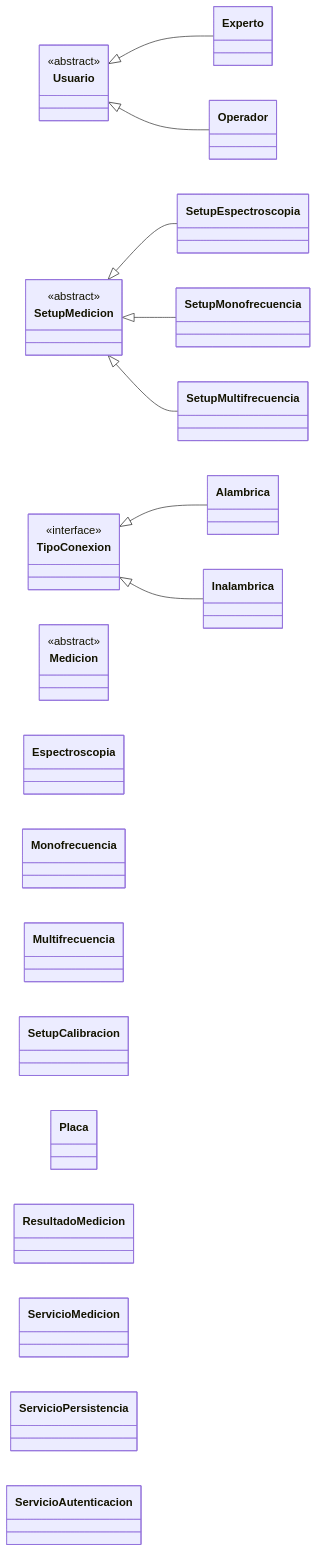
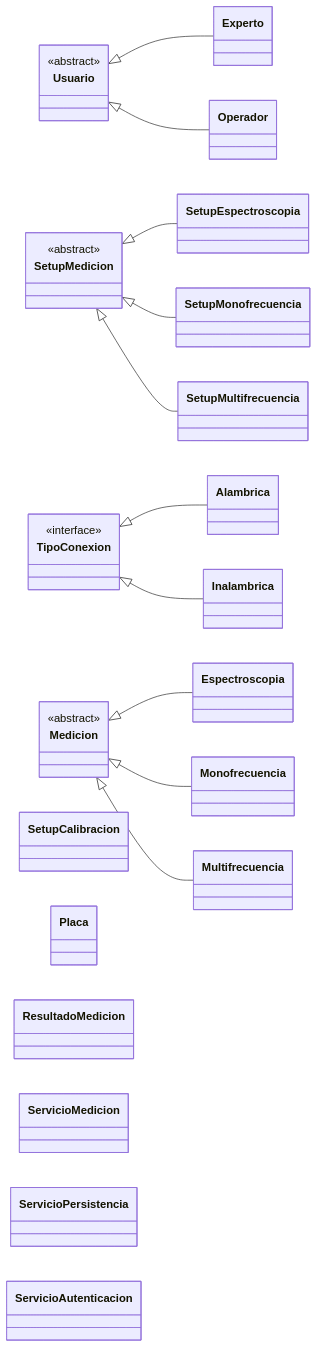
Before and after one commit to alegrelias/Repo-GMini: the diagram in Gmini-MarkDown/Clases Conceptuales.md, drawn with Mermaid.

Commit message:
Se agrega archivo con clases conceptuales + nota de seguridad

````diff
--- a/Gmini-MarkDown/Clases Conceptuales.md
+++ b/Gmini-MarkDown/Clases Conceptuales.md
@@ -33,50 +33,54 @@
 ```mermaid
 classDiagram
 direction LR
 
 %% jerarquias
 Usuario <|-- Experto
 Usuario <|-- Operador
 
 SetupMedicion <|-- SetupEspectroscopia
 SetupMedicion <|-- SetupMonofrecuencia
 SetupMedicion <|-- SetupMultifrecuencia
 
 TipoConexion <|-- Alambrica
 TipoConexion <|-- Inalambrica
+
+Medicion <|-- Espectroscopia
+Medicion <|-- Monofrecuencia
+Medicion <|-- Multifrecuencia
 
 
     class Usuario {
         <<abstract>>
     }
     class Operador
     class Experto
 
     class Medicion {
         <<abstract>>
     }
     class Espectroscopia
     class Monofrecuencia
     class Multifrecuencia
 
     class SetupMedicion {
         <<abstract>>
     }
     class SetupEspectroscopia
     class SetupMonofrecuencia
     class SetupMultifrecuencia
     
     class SetupCalibracion
     class Placa
     class ResultadoMedicion
 
     class TipoConexion {
         <<interface>>
     }
     class Alambrica
     class Inalambrica
 
     class ServicioMedicion
     class ServicioPersistencia
     class ServicioAutenticacion
 ```
````
